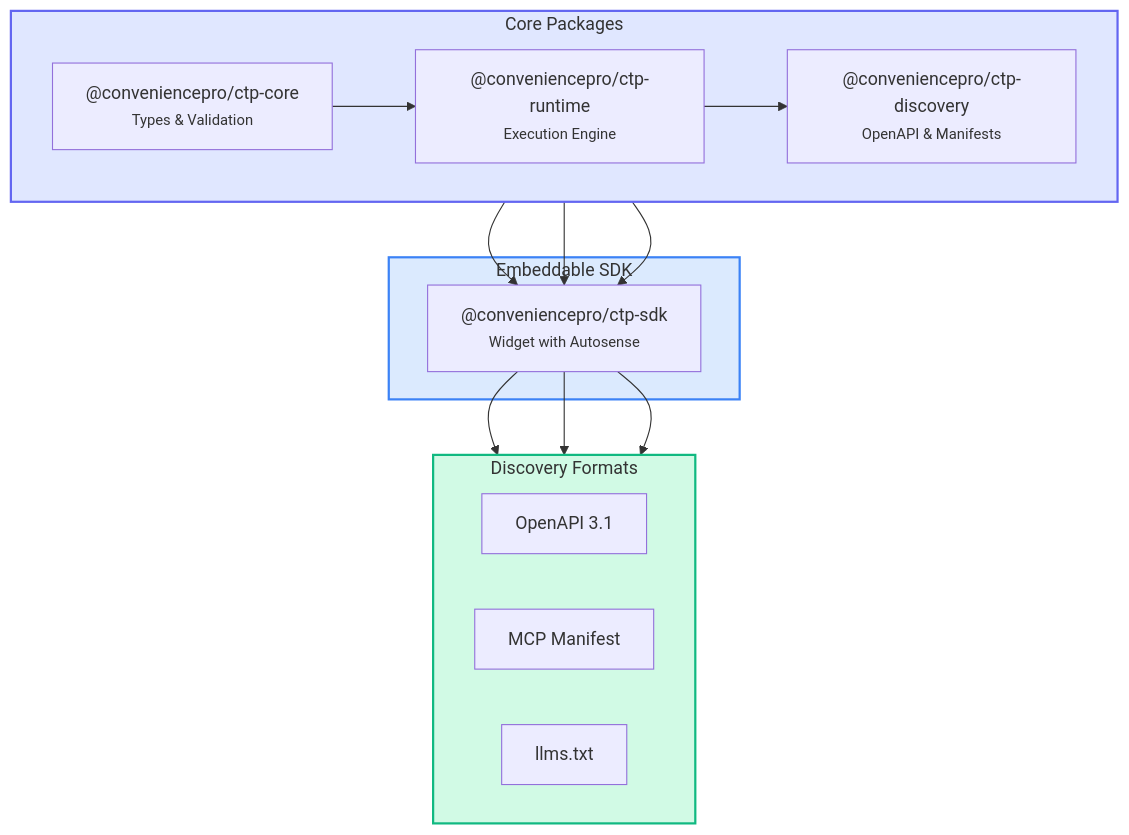
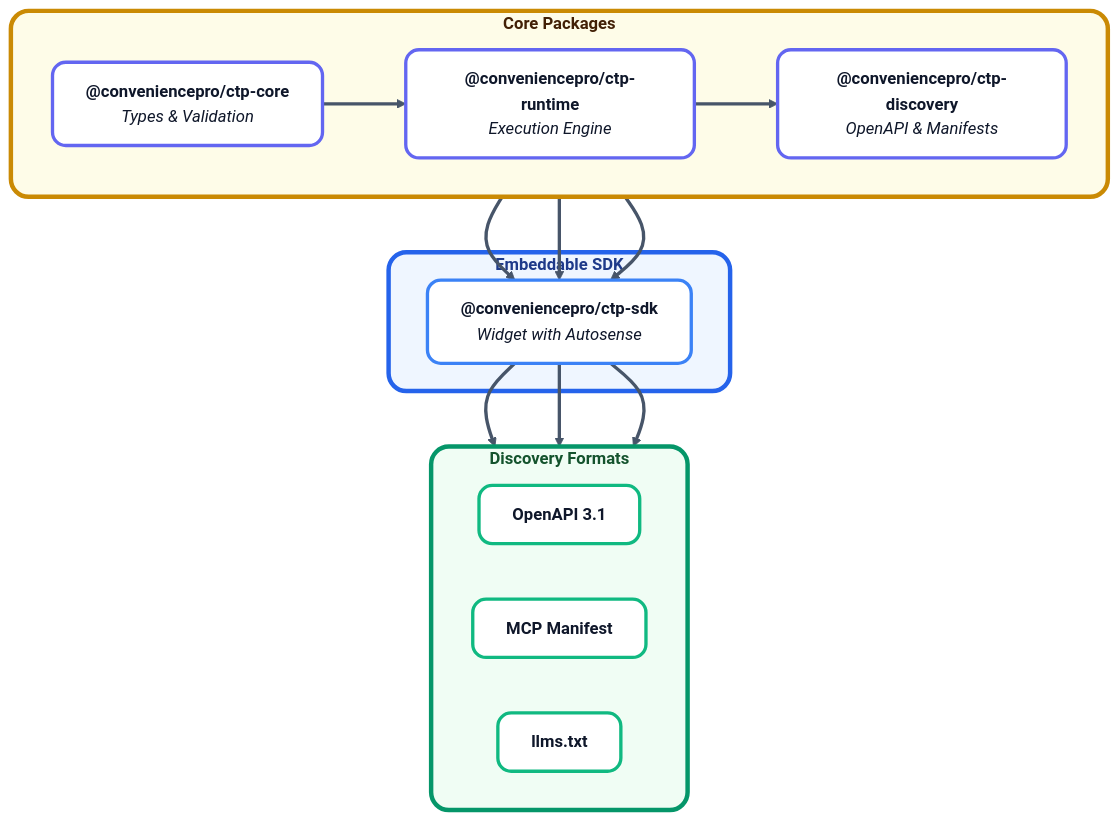
The diagram in index.mdx (titan-alpha/docs), drawn with Mermaid before and after one commit.

Commit message:
feat: Modernize architecture diagram with WCAG-compliant styling
Comprehensive redesign of the Mermaid architecture diagram:

WCAG Accessibility Improvements:
- Individual nodes: White backgrounds with dark text (21:1 contrast ratio - AAA)
- Subgraph text: All exceed WCAG AAA standards (>7:1 contrast)
  * Core Packages: #422006 on #fefce8 (~15:1)
  * SDK: #1e3a8a on #eff6ff (~12:1)
  * Formats: #14532d on #f0fdf4 (~14:1)
- Arrows: Darker gray (#475569) for visibility against all backgrounds

Modern Design Enhancements:
- Rounded corners: 12px for nodes, 16px for subgraphs
- Thicker strokes: 3px nodes, 4px subgraphs, 3px arrows
- Clean white node backgrounds with colored borders
- Subtle tinted subgraph containers
- Bold package names with italic descriptions
- Increased font size to 15px for readability
- System font stack for native rendering

Visual Hierarchy:
- Colored borders distinguish package types (purple/blue/green)
- Subgraph borders thicker than nodes (4px vs 3px)
- High contrast ensures accessibility
- Professional, modern appearance

🤖 Generated with [Claude Code](https://claude.com/claude-code)

````diff
--- a/index.mdx
+++ b/index.mdx
@@ -69,34 +69,45 @@
 ```mermaid
+%%{init: {'theme':'base', 'themeVariables': { 'primaryColor':'#ffffff','primaryTextColor':'#0f172a','primaryBorderColor':'#6366f1','lineColor':'#475569','secondaryColor':'#f8fafc','tertiaryColor':'#fefce8','clusterBkg':'#ffffff','clusterBorder':'#cbd5e1','fontSize':'15px','fontFamily':'ui-sans-serif, system-ui, -apple-system, sans-serif'}}}%%
 flowchart TB
-    subgraph core["Core Packages"]
+    subgraph core["<b>Core Packages</b>"]
         direction LR
-        A["@conveniencepro/ctp-core<br/><small>Types & Validation</small>"]
-        B["@conveniencepro/ctp-runtime<br/><small>Execution Engine</small>"]
-        C["@conveniencepro/ctp-discovery<br/><small>OpenAPI & Manifests</small>"]
+        A["<b>@conveniencepro/ctp-core</b><br/><i>Types & Validation</i>"]
+        B["<b>@conveniencepro/ctp-runtime</b><br/><i>Execution Engine</i>"]
+        C["<b>@conveniencepro/ctp-discovery</b><br/><i>OpenAPI & Manifests</i>"]
     end
 
     A --> B --> C
 
-    subgraph sdk["Embeddable SDK"]
-        D["@conveniencepro/ctp-sdk<br/><small>Widget with Autosense</small>"]
+    subgraph sdk["<b>Embeddable SDK</b>"]
+        D["<b>@conveniencepro/ctp-sdk</b><br/><i>Widget with Autosense</i>"]
     end
 
     A --> D
     B --> D
     C --> D
 
-    subgraph output["Discovery Formats"]
+    subgraph output["<b>Discovery Formats</b>"]
         direction LR
-        E["OpenAPI 3.1"]
-        F["MCP Manifest"]
-        G["llms.txt"]
+        E["<b>OpenAPI 3.1</b>"]
+        F["<b>MCP Manifest</b>"]
+        G["<b>llms.txt</b>"]
     end
 
     D --> E
     D --> F
     D --> G
 
-    style core fill:#e0e7ff,stroke:#6366f1,stroke-width:2px
-    style sdk fill:#dbeafe,stroke:#3b82f6,stroke-width:2px
-    style output fill:#d1fae5,stroke:#10b981,stroke-width:2px
+    classDef coreStyle fill:#ffffff,stroke:#6366f1,stroke-width:3px,color:#0f172a,rx:12,ry:12
+    classDef sdkStyle fill:#ffffff,stroke:#3b82f6,stroke-width:3px,color:#0f172a,rx:12,ry:12
+    classDef outputStyle fill:#ffffff,stroke:#10b981,stroke-width:3px,color:#0f172a,rx:12,ry:12
+
+    class A,B,C coreStyle
+    class D sdkStyle
+    class E,F,G outputStyle
+
+    style core fill:#fefce8,stroke:#ca8a04,stroke-width:4px,stroke-dasharray:0,rx:16,ry:16,color:#422006
+    style sdk fill:#eff6ff,stroke:#2563eb,stroke-width:4px,stroke-dasharray:0,rx:16,ry:16,color:#1e3a8a
+    style output fill:#f0fdf4,stroke:#059669,stroke-width:4px,stroke-dasharray:0,rx:16,ry:16,color:#14532d
+
+    linkStyle default stroke:#475569,stroke-width:3px
 ```
````
